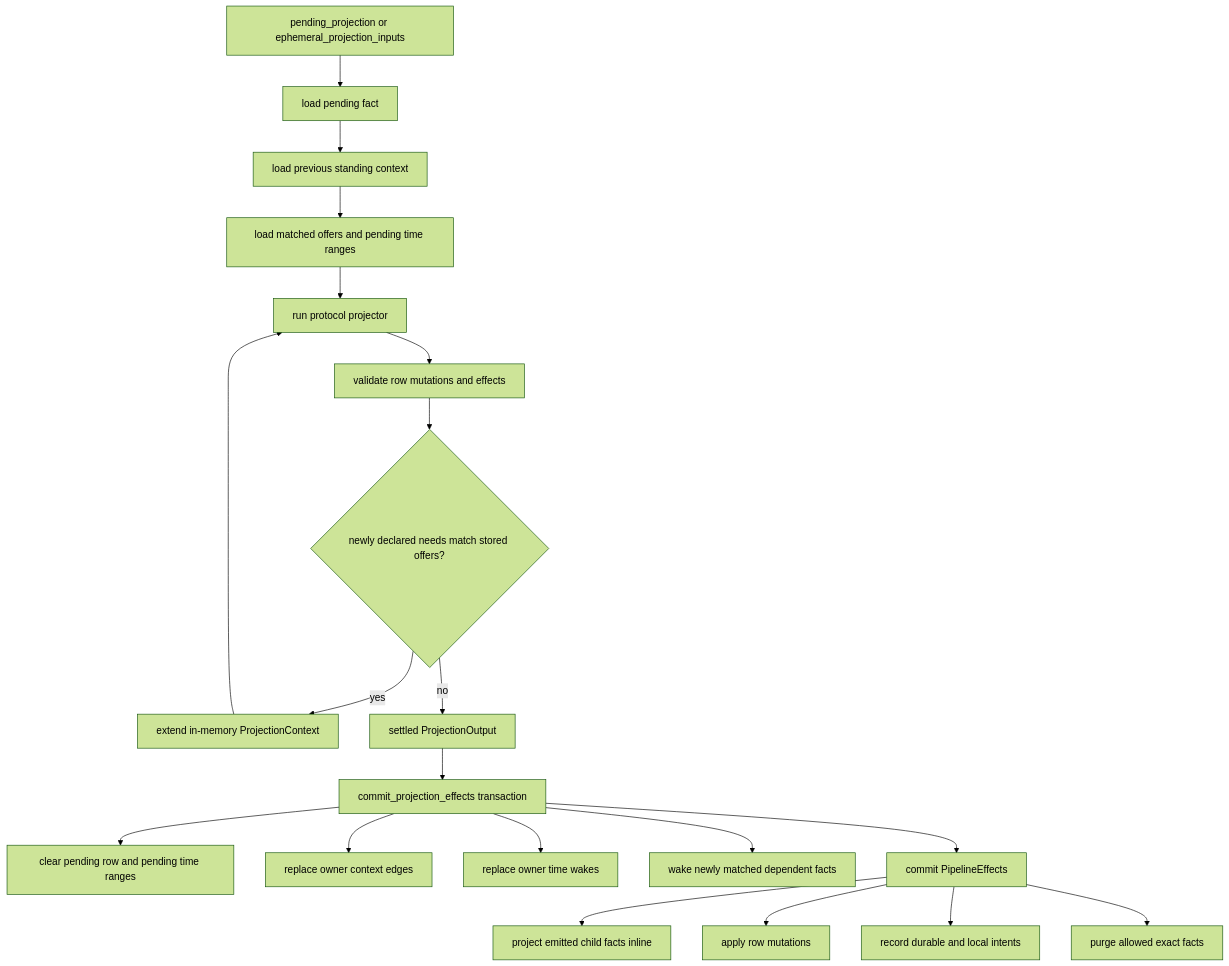
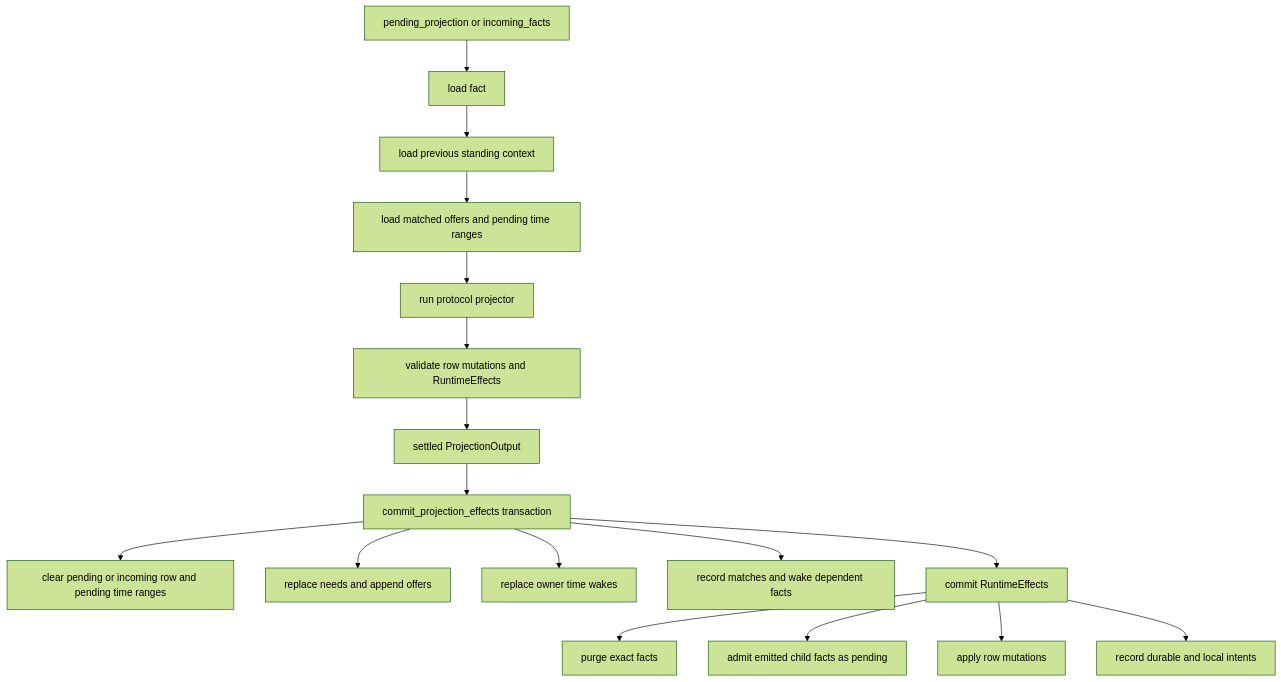
The first of 5 diagrams in ARCHITECTURE_DIAGRAMS_ALT.md (holmesworcester/poc-10), drawn with Mermaid (forest theme) before and after one commit. The commit also changed other lines of this file and 14 other files, not shown here.

Commit message:
docs: correct architecture diagrams and context naming

````diff
--- a/ARCHITECTURE_DIAGRAMS_ALT.md
+++ b/ARCHITECTURE_DIAGRAMS_ALT.md
@@ -15,25 +16,22 @@
 ```mermaid
 %%{init: {"flowchart": {"wrappingWidth": 300}} }%%
 flowchart TD
-    PENDING["pending_projection or ephemeral_projection_inputs"] --> LOAD["load pending fact"]
+    PENDING["pending_projection or incoming_facts"] --> LOAD["load fact"]
     LOAD --> PREVIOUS["load previous standing context"]
     PREVIOUS --> MATCHED["load matched offers and pending time ranges"]
     MATCHED --> RUN["run protocol projector"]
-    RUN --> VALIDATE["validate row mutations and effects"]
-    VALIDATE --> FIXED_POINT{"newly declared needs match stored offers?"}
-    FIXED_POINT -- yes --> EXTEND["extend in-memory ProjectionContext"]
-    EXTEND --> RUN
-    FIXED_POINT -- no --> OUTPUT["settled ProjectionOutput"]
+    RUN --> VALIDATE["validate row mutations and RuntimeEffects"]
+    VALIDATE --> OUTPUT["settled ProjectionOutput"]
 
     OUTPUT --> COMMIT["commit_projection_effects transaction"]
-    COMMIT --> CLEAR["clear pending row and pending time ranges"]
-    COMMIT --> REPLACE_CONTEXT["replace owner context edges"]
+    COMMIT --> CLEAR["clear pending or incoming row and pending time ranges"]
+    COMMIT --> REPLACE_CONTEXT["replace needs and append offers"]
     COMMIT --> REPLACE_WAKES["replace owner time wakes"]
-    COMMIT --> WAKE["wake newly matched dependent facts"]
-    COMMIT --> EFFECTS["commit PipelineEffects"]
+    COMMIT --> WAKE["record matches and wake dependent facts"]
+    COMMIT --> EFFECTS["commit RuntimeEffects"]
 
-    EFFECTS --> CHILD_FACTS["project emitted child facts inline"]
+    EFFECTS --> PURGES["purge exact facts"]
+    EFFECTS --> CHILD_FACTS["admit emitted child facts as pending"]
     EFFECTS --> ROWS["apply row mutations"]
     EFFECTS --> INTENTS["record durable and local intents"]
-    EFFECTS --> PURGES["purge allowed exact facts"]
 ```
````
